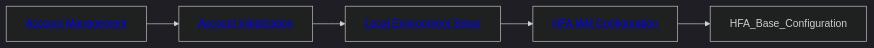
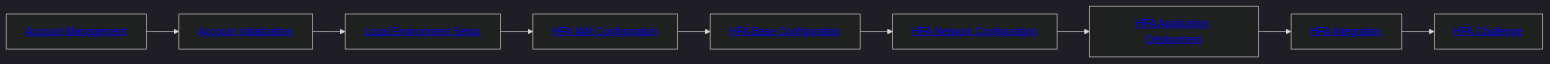
Before and after one commit to Huawei-APAC-Professional-Services/hfa-workshop: the diagram in workshop/Readme.md, drawn with Mermaid (dark theme).

````diff
--- a/workshop/Readme.md
+++ b/workshop/Readme.md
@@ -40,8 +40,13 @@
 ```mermaid
 flowchart LR
     Account[<a href='https://github.com/Huawei-APAC-Professional-Services/hfa-workshop/blob/main/workshop/content/01_Account_Management.md'>Account Management</a>]
     Account --> AccountInitialization[<a href='https://github.com/Huawei-APAC-Professional-Services/hfa-workshop/blob/main/workshop/content/02_Account_Initialization.md'>Account Initialization</a>]
     AccountInitialization --> LocalEnvironmentSetup[<a href='https://github.com/Huawei-APAC-Professional-Services/hfa-workshop/blob/main/workshop/content/03_Local_Env_Setup.md'>Local Environment Setup</a>]
     LocalEnvironmentSetup --> HFA_IAM_Configuration[<a href='https://github.com/Huawei-APAC-Professional-Services/hfa-workshop/blob/main/workshop/content/04_HFA_IAM_Configuration.md'>HFA IAM Configuration</a>]
-    HFA_IAM_Configuration --> HFA_Base_Configuration
+    HFA_IAM_Configuration --> HFA_Base_Configuration[<a href='https://github.com/Huawei-APAC-Professional-Services/hfa-workshop/blob/main/workshop/content/05_HFA_Base_Configuration.md'>HFA Base Configuration</a>]
+    HFA_Base_Configuration --> HFA_Network_Configuration[<a href='https://github.com/Huawei-APAC-Professional-Services/hfa-workshop/blob/main/workshop/content/06_HFA_Network_Configuration.md'>HFA Network Configuration</a>]
+    HFA_Network_Configuration --> HFA_Application_Deployment[<a href='https://github.com/Huawei-APAC-Professional-Services/hfa-workshop/blob/main/workshop/content/07_HFA_Application_Deployment.md'>HFA Application Deployment</a>]
+    HFA_Application_Deployment --> HFA_Integration[<a href='https://github.com/Huawei-APAC-Professional-Services/hfa-workshop/blob/main/workshop/content/08_HFA_Integration.md'>HFA Integration</a>]
+    HFA_Integration --> HFA_Challenge[<a href='https://github.com/Huawei-APAC-Professional-Services/hfa-workshop/blob/main/workshop/content/09_HFA_Challenge.md'>HFA Challenge</a>]
+    
 ```
````
